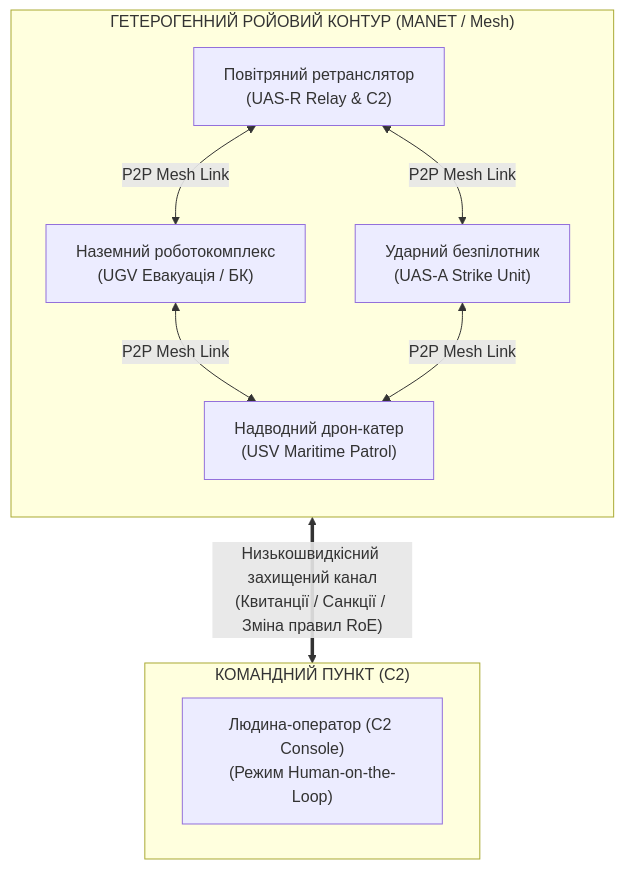
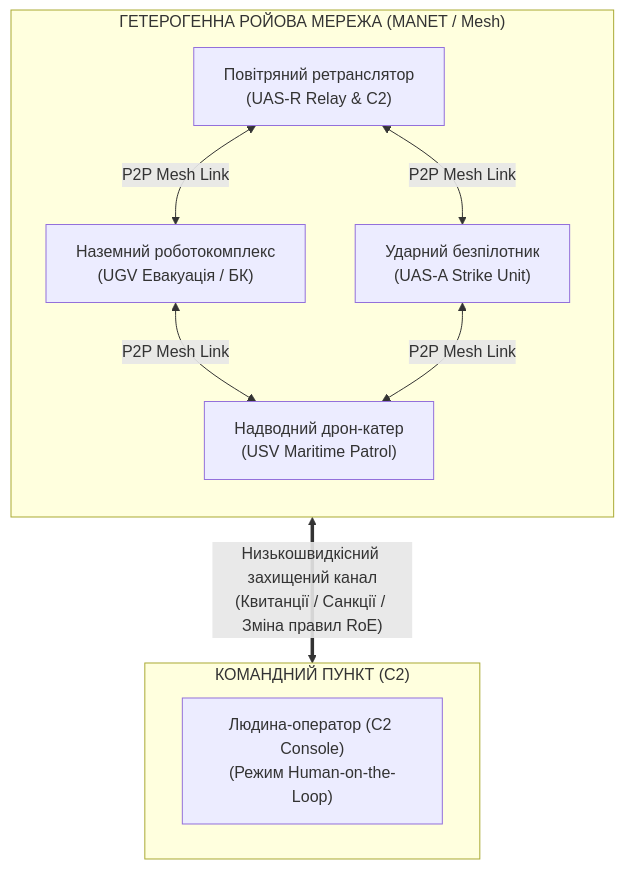
One commit to nick-fedchik/articles changed the diagram in MilTech/Swarm-Intelligence-And-Heterogeneous-Robotics-UA.md. Above: the diagram before and after it, drawn with Mermaid. The commit also changed other lines of this file and 10 other files, not shown here.

````diff
--- a/MilTech/Swarm-Intelligence-And-Heterogeneous-Robotics-UA.md
+++ b/MilTech/Swarm-Intelligence-And-Heterogeneous-Robotics-UA.md
@@ -24,21 +24,21 @@
 ```mermaid
 flowchart TB
-    subgraph SwarmMesh["ГЕТЕРОГЕННИЙ РОЙОВИЙ КОНТУР (MANET / Mesh)"]
+    subgraph SwarmMesh["ГЕТЕРОГЕННА РОЙОВА МЕРЕЖА (MANET / Mesh)"]
         direction TB
         UAS_R["Повітряний ретранслятор\n(UAS-R Relay & C2)"]
         UGV["Наземний роботокомплекс\n(UGV Евакуація / БК)"]
         UAS_A["Ударний безпілотник\n(UAS-A Strike Unit)"]
         USV["Надводний дрон-катер\n(USV Maritime Patrol)"]
 
         UAS_R <-->|"P2P Mesh Link"| UGV
         UAS_R <-->|"P2P Mesh Link"| UAS_A
         UGV <-->|"P2P Mesh Link"| USV
         UAS_A <-->|"P2P Mesh Link"| USV
     end
 
     subgraph GroundC2["КОМАНДНИЙ ПУНКТ (C2)"]
         Operator["Людина-оператор (C2 Console)\n(Режим Human-on-the-Loop)"]
     end
 
     SwarmMesh <==>|"Низькошвидкісний захищений канал\n(Квитанції / Санкції / Зміна правил RoE)"| GroundC2
 ```
````
